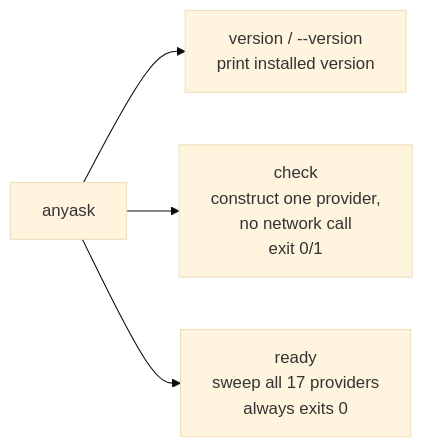
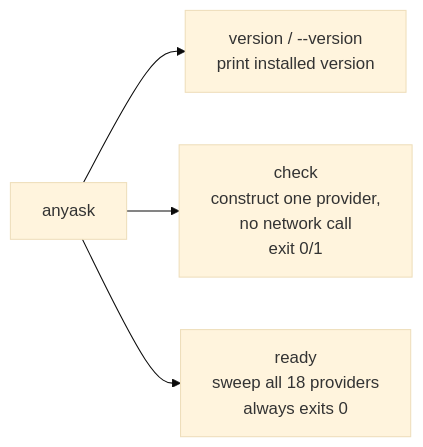
Before and after one commit to Geeks-Trident-LLC/anyask: the seventh of 8 diagrams in SPEC.md, drawn with Mermaid (base theme). The commit also changed other lines of this file and 8 other files, not shown here.

````diff
--- a/SPEC.md
+++ b/SPEC.md
@@ -280,6 +280,6 @@
 ```mermaid
 flowchart LR
     CLI["anyask"] --> Version["version / --version\nprint installed version"]
     CLI --> Check["check <provider>\nconstruct one provider,\nno network call\nexit 0/1"]
-    CLI --> Ready["ready\nsweep all 17 providers\nalways exits 0"]
+    CLI --> Ready["ready\nsweep all 18 providers\nalways exits 0"]
 ```
````
